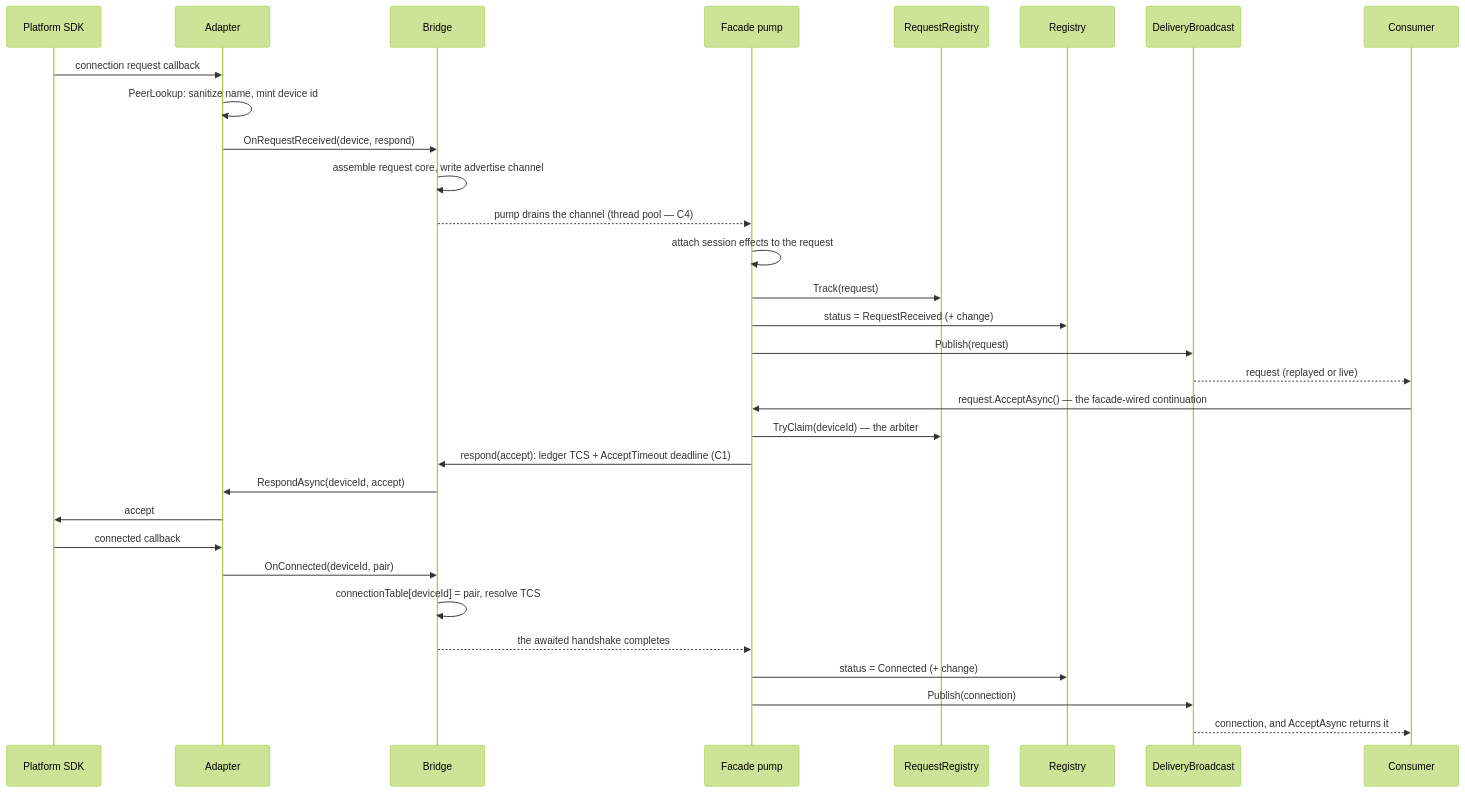
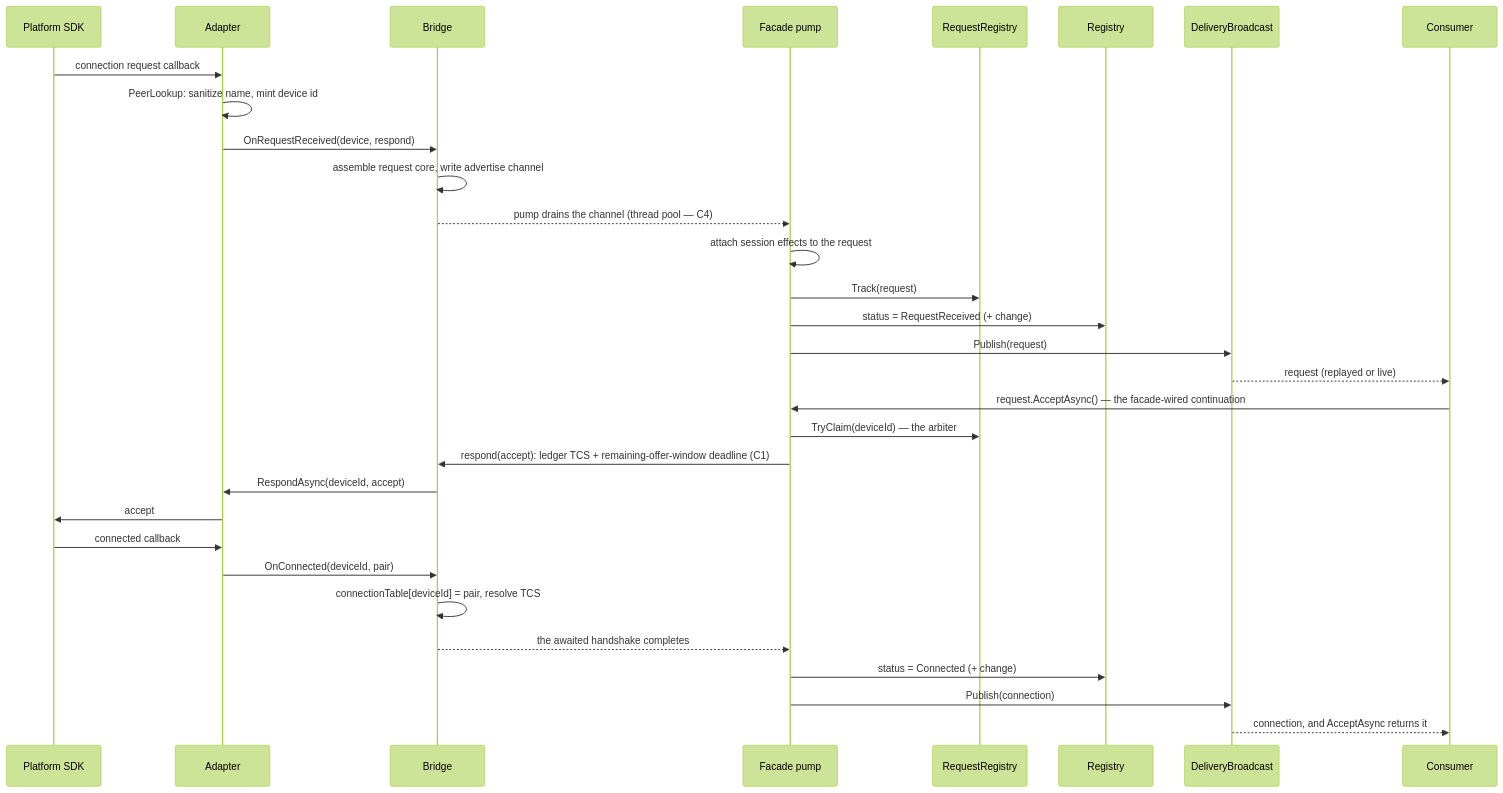
The seventh of 9 diagrams in docs/ARCHITECTURE.md (phunkeler/Plugin.Maui.NearbyConnections), drawn with Mermaid (forest theme) before and after one commit. The commit also changed other lines of this file and 54 other files, not shown here.

````diff
--- a/docs/ARCHITECTURE.md
+++ b/docs/ARCHITECTURE.md
@@ -762,33 +763,33 @@
 ```mermaid
 sequenceDiagram
     participant SDK as Platform SDK
     participant AD as Adapter
     participant BR as Bridge
     participant FAC as Facade pump
     participant RR as RequestRegistry
     participant REG as Registry
     participant DB as DeliveryBroadcast
     participant VM as Consumer
     SDK->>AD: connection request callback
     AD->>AD: PeerLookup: sanitize name, mint device id
     AD->>BR: OnRequestReceived(device, respond)
     BR->>BR: assemble request core, write advertise channel
     BR-->>FAC: pump drains the channel (thread pool — C4)
     FAC->>FAC: attach session effects to the request
     FAC->>RR: Track(request)
     FAC->>REG: status = RequestReceived (+ change)
     FAC->>DB: Publish(request)
     DB-->>VM: request (replayed or live)
     VM->>FAC: request.AcceptAsync() — the facade-wired continuation
     FAC->>RR: TryClaim(deviceId) — the arbiter
-    FAC->>BR: respond(accept): ledger TCS + AcceptTimeout deadline (C1)
+    FAC->>BR: respond(accept): ledger TCS + remaining-offer-window deadline (C1)
     BR->>AD: RespondAsync(deviceId, accept)
     AD->>SDK: accept
     SDK->>AD: connected callback
     AD->>BR: OnConnected(deviceId, pair)
     BR->>BR: connectionTable[deviceId] = pair, resolve TCS
     BR-->>FAC: the awaited handshake completes
     FAC->>REG: status = Connected (+ change)
     FAC->>DB: Publish(connection)
     DB-->>VM: connection, and AcceptAsync returns it
 ```
````
